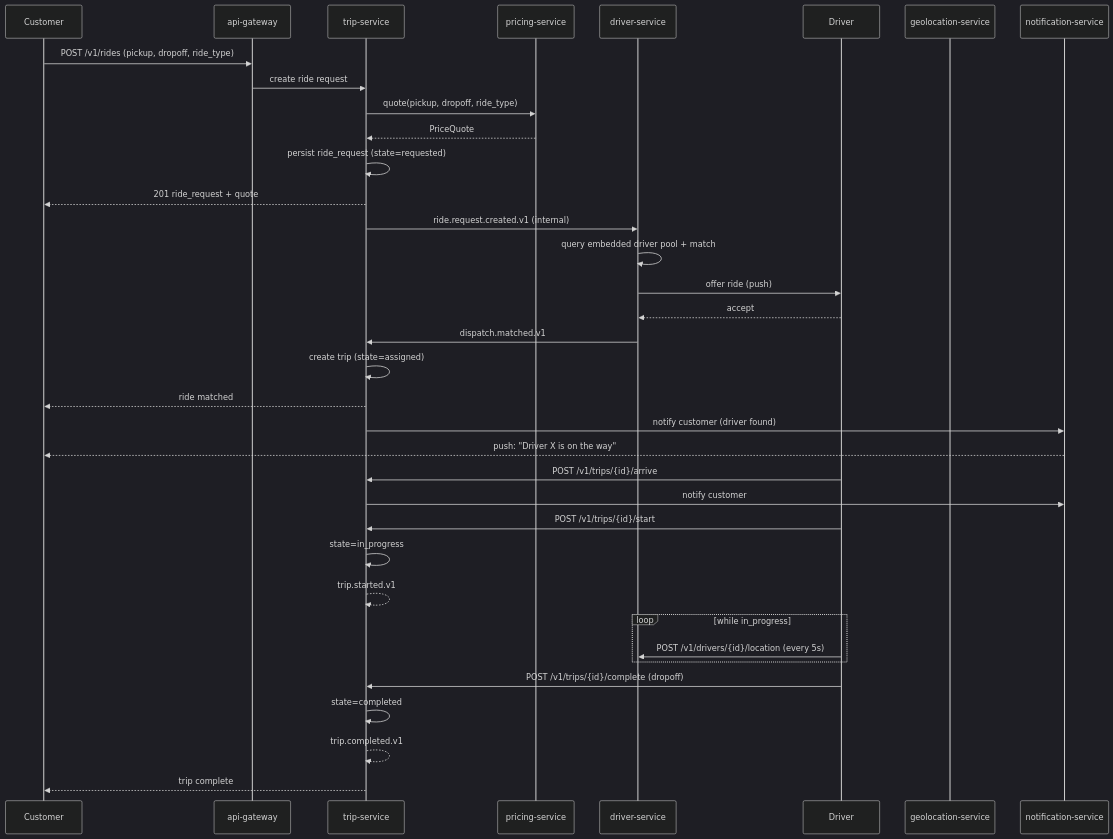
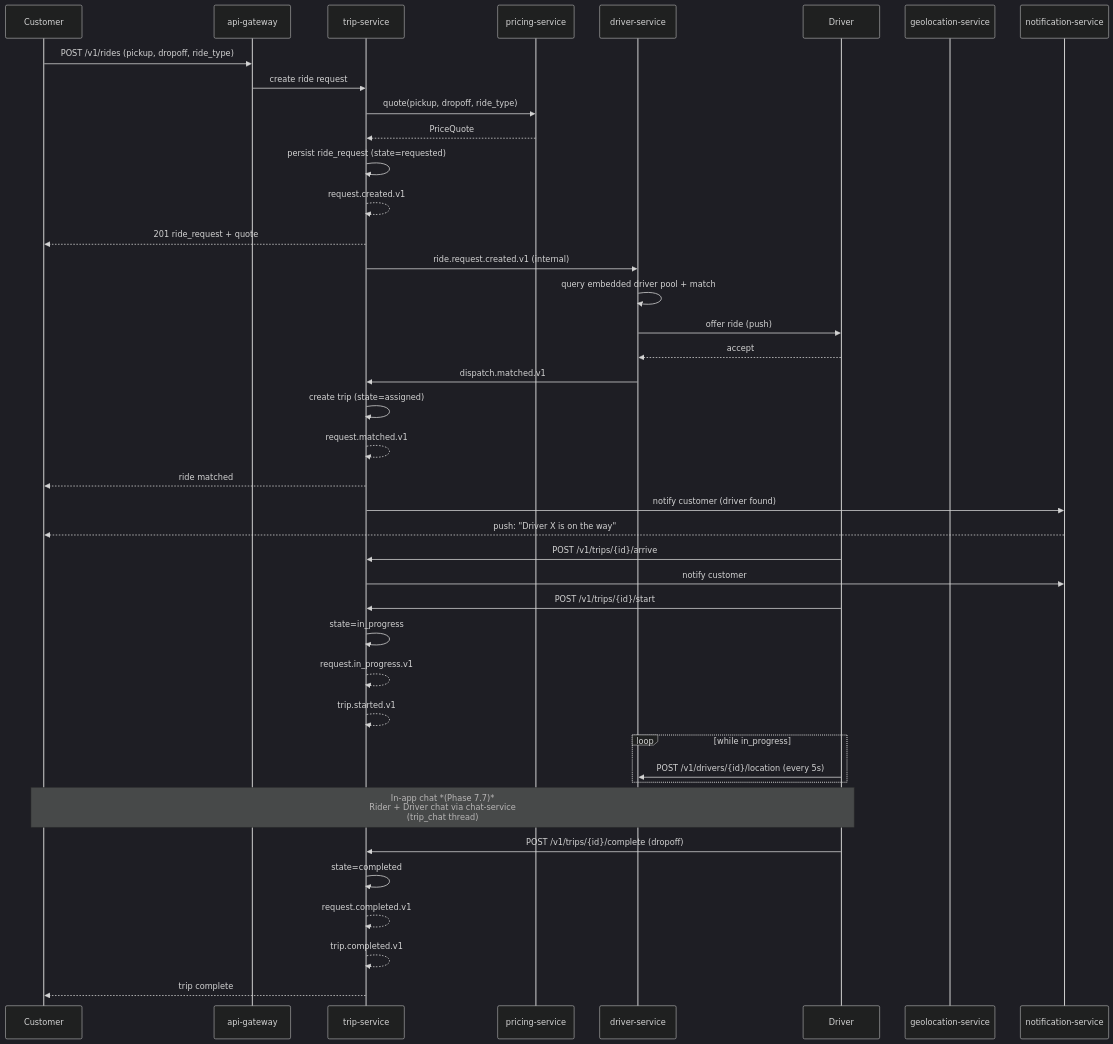
The second of 15 diagrams in docs/workflows/RIDE_WORKFLOWS.md (mohamedhabibwork/trips-enjoy-docs), drawn with Mermaid (dark theme) before and after one commit. The commit also changed other lines of this file and 201 other files, not shown here.

````diff
--- a/docs/workflows/RIDE_WORKFLOWS.md
+++ b/docs/workflows/RIDE_WORKFLOWS.md
@@ -24,39 +45,44 @@
 ```mermaid
 sequenceDiagram
     participant C as Customer
     participant GW as api-gateway
     participant TR as trip-service
     participant PRC as pricing-service
     participant DRV as driver-service
     participant DR as Driver
     participant ETA as geolocation-service
     participant NOT as notification-service
 
     C->>GW: POST /v1/rides (pickup, dropoff, ride_type)
     GW->>TR: create ride request
     TR->>PRC: quote(pickup, dropoff, ride_type)
     PRC-->>TR: PriceQuote
     TR->>TR: persist ride_request (state=requested)
+    TR-->>TR: request.created.v1
     TR-->>C: 201 ride_request + quote
     TR->>DRV: ride.request.created.v1 (internal)
     DRV->>DRV: query embedded driver pool + match
     DRV->>DR: offer ride (push)
     DR-->>DRV: accept
     DRV->>TR: dispatch.matched.v1
     TR->>TR: create trip (state=assigned)
+    TR-->>TR: request.matched.v1
     TR-->>C: ride matched
     TR->>NOT: notify customer (driver found)
     NOT-->>C: push: "Driver X is on the way"
     DR->>TR: POST /v1/trips/{id}/arrive
     TR->>NOT: notify customer
     DR->>TR: POST /v1/trips/{id}/start
     TR->>TR: state=in_progress
+    TR-->>TR: request.in_progress.v1
     TR-->>TR: trip.started.v1
     loop while in_progress
         DR->>DRV: POST /v1/drivers/{id}/location (every 5s)
     end
+    Note over C,DR: In-app chat *(Phase 7.7)*<br/>Rider + Driver chat via chat-service<br/>(trip_chat thread)
     DR->>TR: POST /v1/trips/{id}/complete (dropoff)
     TR->>TR: state=completed
+    TR-->>TR: request.completed.v1
     TR-->>TR: trip.completed.v1
     TR-->>C: trip complete
 ```
````
